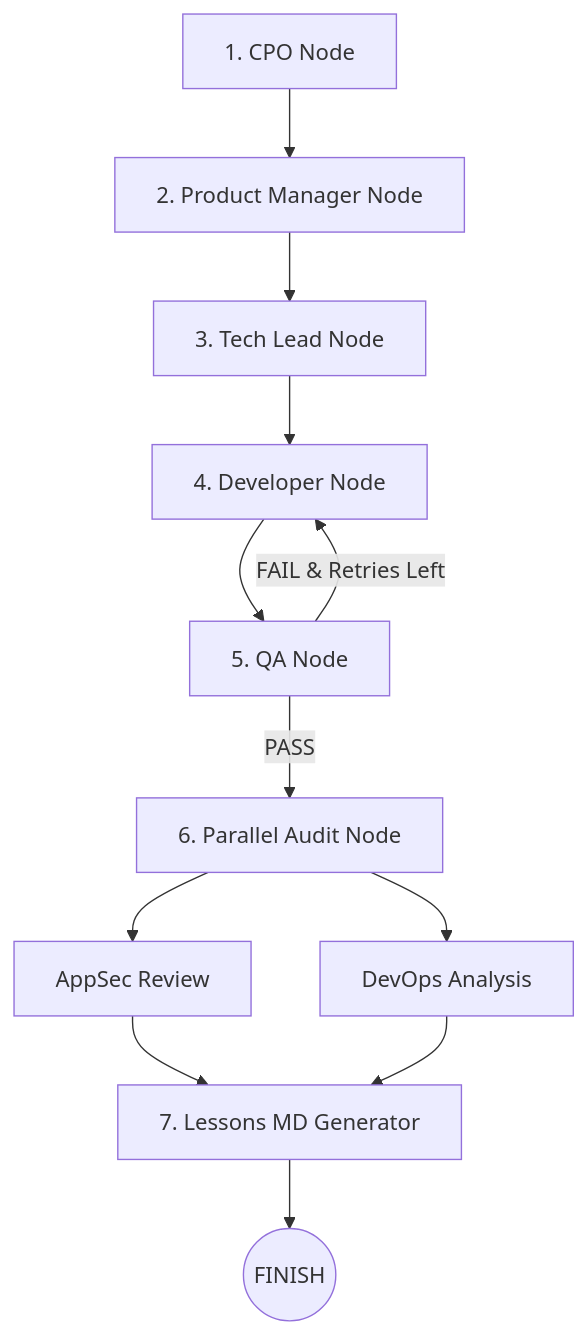
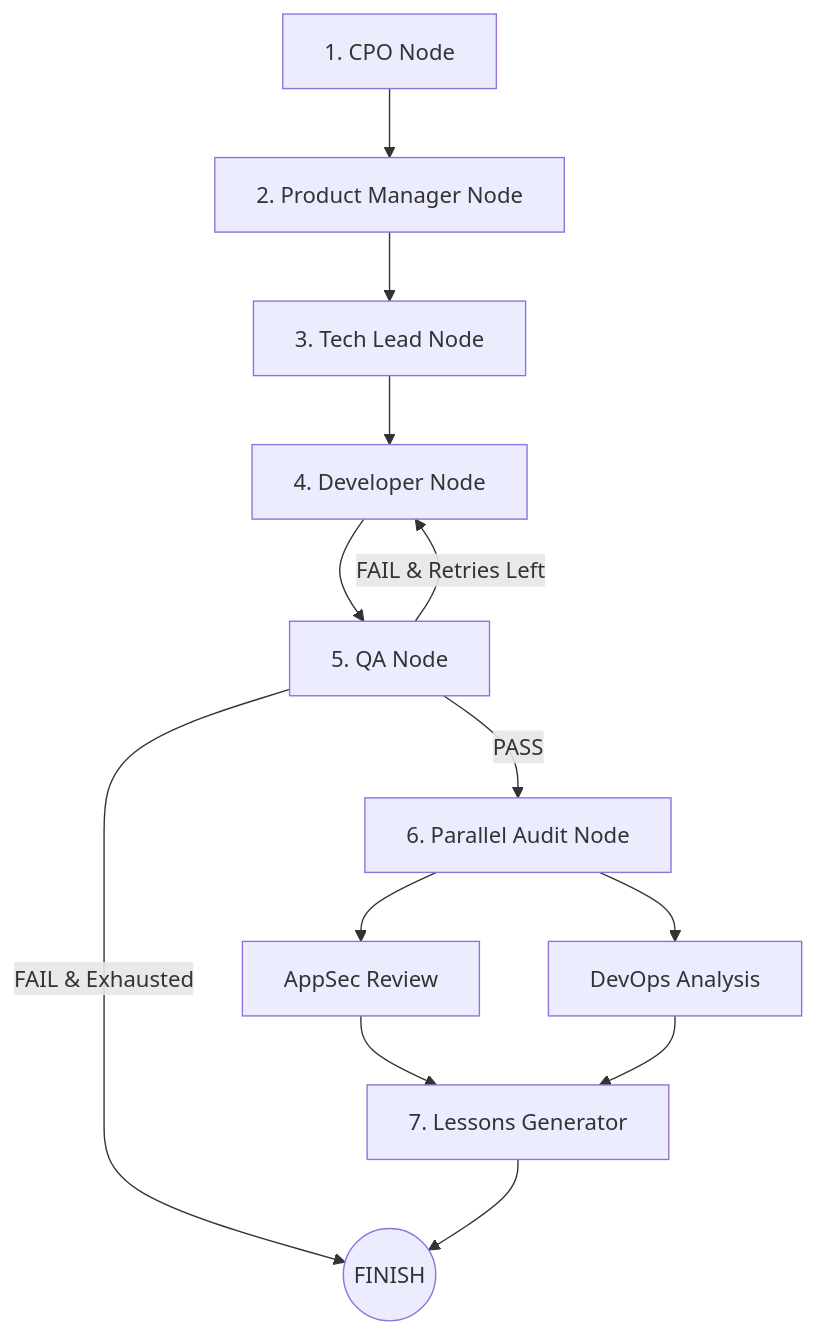
The diagram in docs/architecture.md (Lucas-Damasceno-dev/LoopForge), drawn with Mermaid before and after one commit. The commit also changed other lines of this file and 9 other files, not shown here.

````diff
--- a/docs/architecture.md
+++ b/docs/architecture.md
@@ -5,14 +5,15 @@
 ```mermaid
 graph TD
     CPO[1. CPO Node] --> PM[2. Product Manager Node]
     PM --> TL[3. Tech Lead Node]
     TL --> DEV[4. Developer Node]
     DEV --> QA[5. QA Node]
     QA -->|PASS| PARALLEL[6. Parallel Audit Node]
     QA -->|FAIL & Retries Left| DEV
+    QA -->|FAIL & Exhausted| END((FINISH))
     PARALLEL --> AppSec[AppSec Review]
     PARALLEL --> DevOps[DevOps Analysis]
-    AppSec --> LESSONS[7. Lessons MD Generator]
+    AppSec --> LESSONS[7. Lessons Generator]
     DevOps --> LESSONS
-    LESSONS --> END((FINISH))
+    LESSONS --> END
 ```
````
